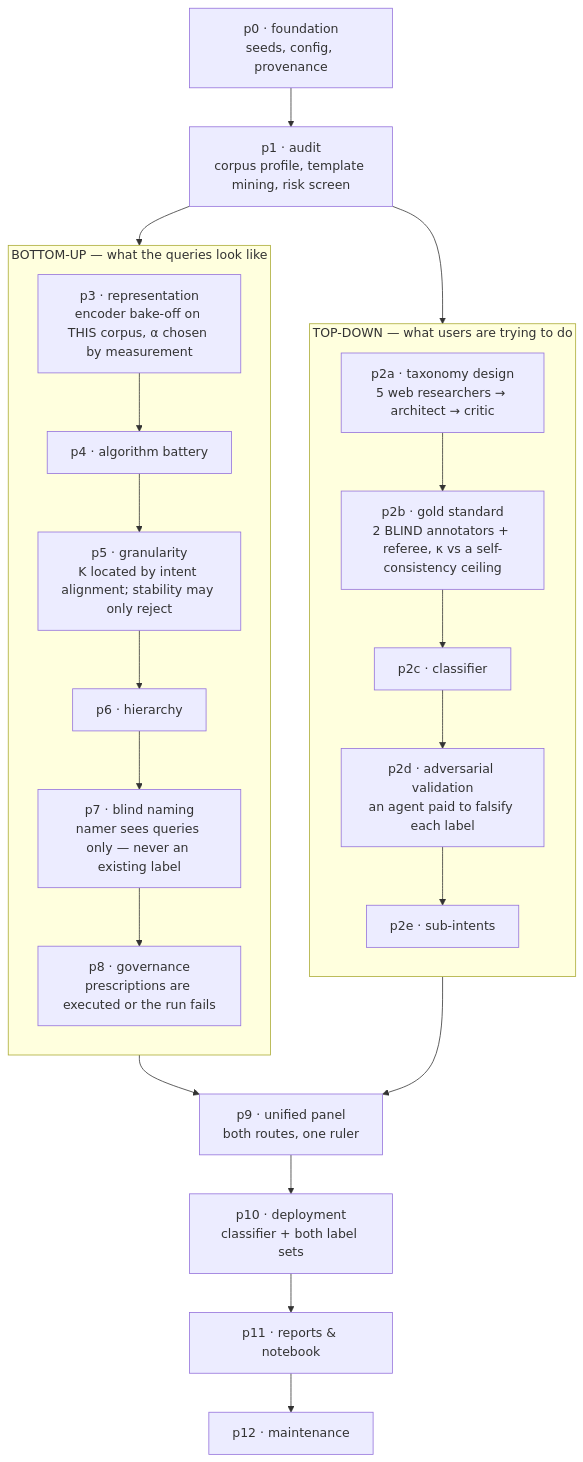
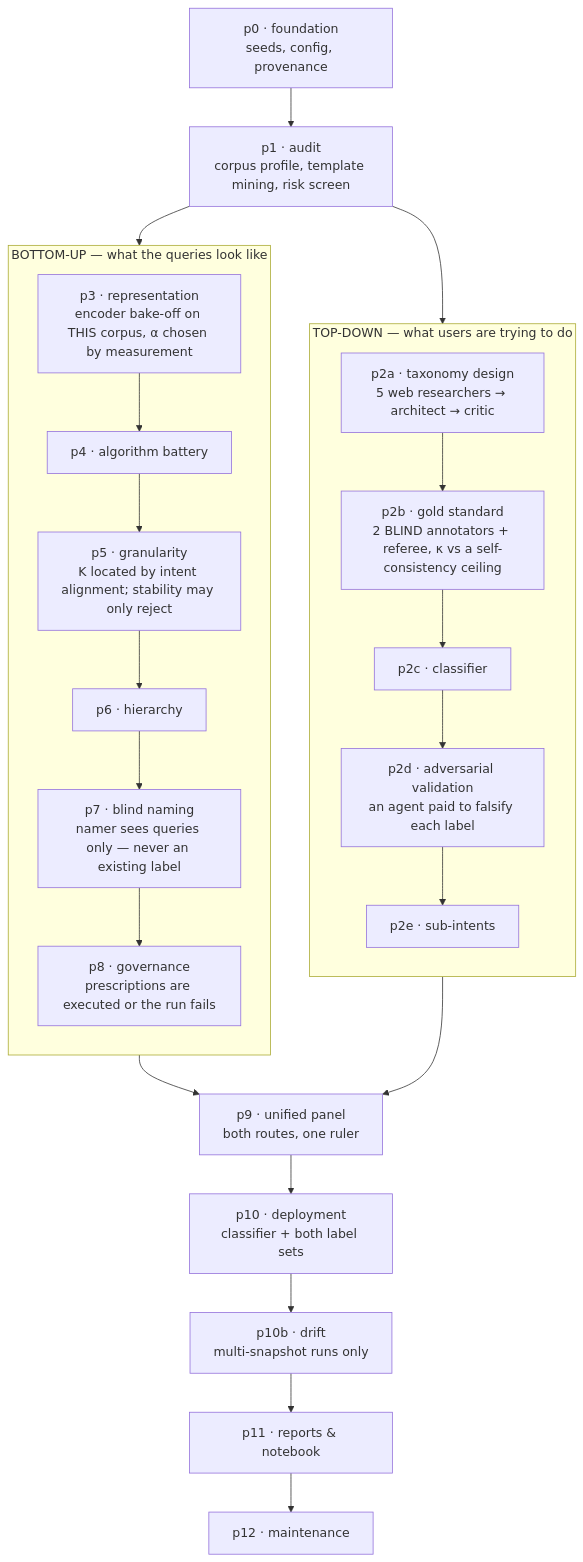
One commit to markyx316/QMine changed the second of 2 diagrams in README.md. Above: the diagram before and after it, drawn with Mermaid. The commit also changed other lines of this file and 35 other files, not shown here.

````diff
--- a/README.md
+++ b/README.md
@@ -108,30 +473,31 @@
 ```mermaid
 flowchart TB
   P0["p0 · foundation<br/>seeds, config, provenance"] --> P1["p1 · audit<br/>corpus profile, template mining, risk screen"]
   P1 --> TD1 & BU1
 
   subgraph TD["TOP-DOWN — what users are trying to do"]
     direction TB
     TD1["p2a · taxonomy design<br/>5 web researchers → architect → critic"]
     TD2["p2b · gold standard<br/>2 BLIND annotators + referee, κ vs a self-consistency ceiling"]
     TD3["p2c · classifier"]
     TD4["p2d · adversarial validation<br/>an agent paid to falsify each label"]
     TD5["p2e · sub-intents"]
     TD1 --> TD2 --> TD3 --> TD4 --> TD5
   end
 
   subgraph BU["BOTTOM-UP — what the queries look like"]
     direction TB
     BU1["p3 · representation<br/>encoder bake-off on THIS corpus, α chosen by measurement"]
     BU2["p4 · algorithm battery"]
     BU3["p5 · granularity<br/>K located by intent alignment; stability may only reject"]
     BU4["p6 · hierarchy"]
     BU5["p7 · blind naming<br/>namer sees queries only — never an existing label"]
     BU6["p8 · governance<br/>prescriptions are executed or the run fails"]
     BU1 --> BU2 --> BU3 --> BU4 --> BU5 --> BU6
   end
 
   TD5 --> J["p9 · unified panel<br/>both routes, one ruler"]
   BU6 --> J
-  J --> P10["p10 · deployment<br/>classifier + both label sets"] --> P11["p11 · reports & notebook"] --> P12["p12 · maintenance"]
+  J --> P10["p10 · deployment<br/>classifier + both label sets"]
+  P10 --> P10B["p10b · drift<br/>multi-snapshot runs only"] --> P11["p11 · reports & notebook"] --> P12["p12 · maintenance"]
 ```
````
